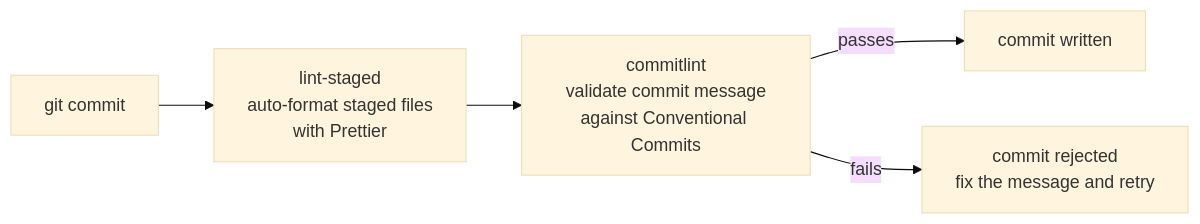
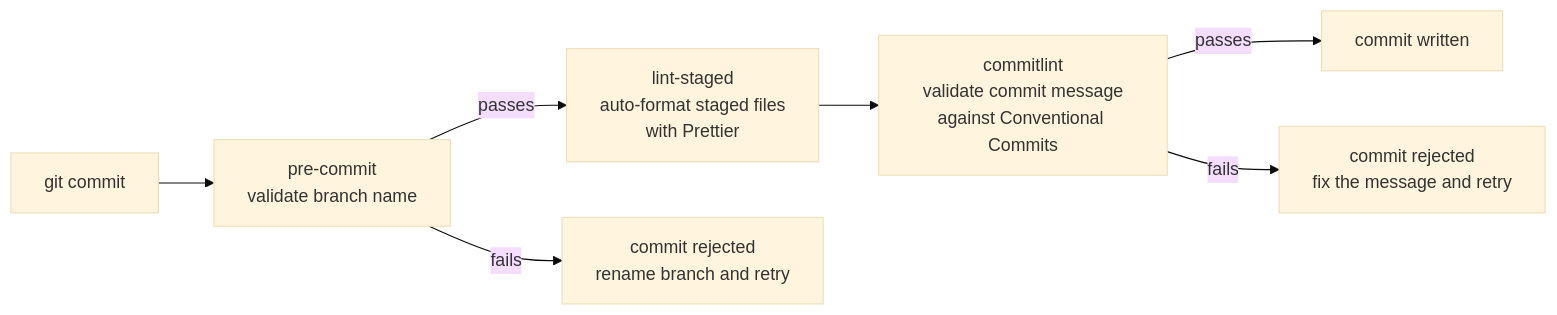
Before and after one commit to UoaWDCC/projects-health-dashboard: the diagram in docs/contributing.md, drawn with Mermaid (base theme).

Commit message:
docs: update contributing.md pre-commit hooks mermaid diagram

````diff
--- a/docs/contributing.md
+++ b/docs/contributing.md
@@ -55,7 +55,9 @@
 ```mermaid
 flowchart LR
-    COMMIT["git commit"] --> LINT_STAGED["lint-staged<br/>auto-format staged files<br/>with Prettier"]
+    COMMIT["git commit"] --> BRANCH_CHECK["pre-commit<br/>validate branch name<br/>"]
+    BRANCH_CHECK -->|passes| LINT_STAGED["lint-staged<br/>auto-format staged files<br/>with Prettier"]
+    BRANCH_CHECK -->|fails| REJECT_BRANCH["commit rejected<br/>rename branch and retry"]
     LINT_STAGED --> COMMITLINT["commitlint<br/>validate commit message<br/>against Conventional Commits"]
     COMMITLINT -->|passes| SUCCESS["commit written"]
-    COMMITLINT -->|fails| REJECT["commit rejected<br/>fix the message and retry"]
+    COMMITLINT -->|fails| REJECT_MSG["commit rejected<br/>fix the message and retry"]
 ```
````
